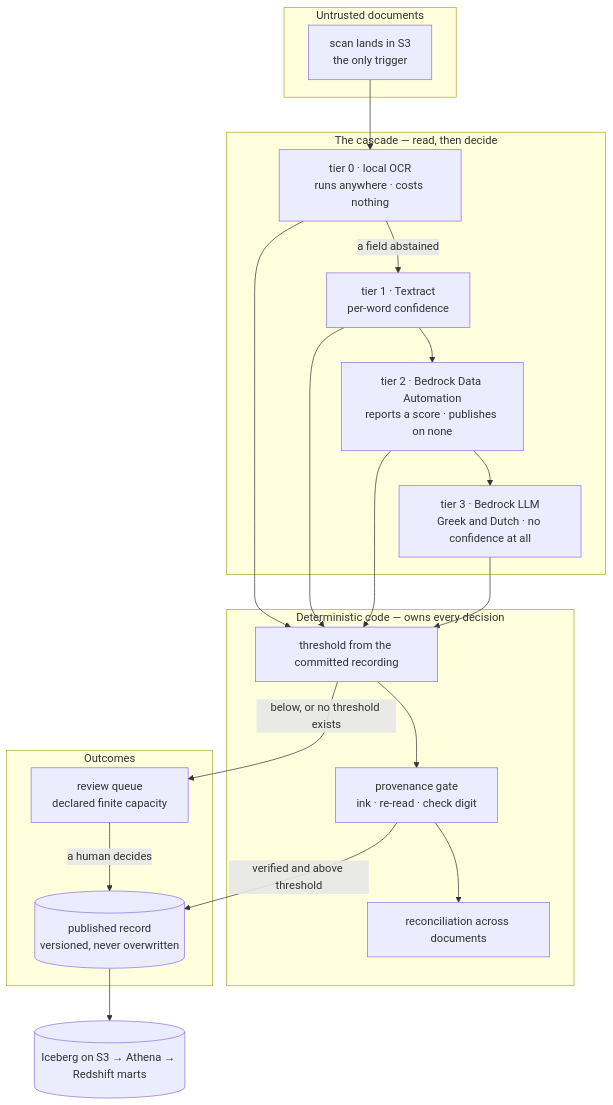
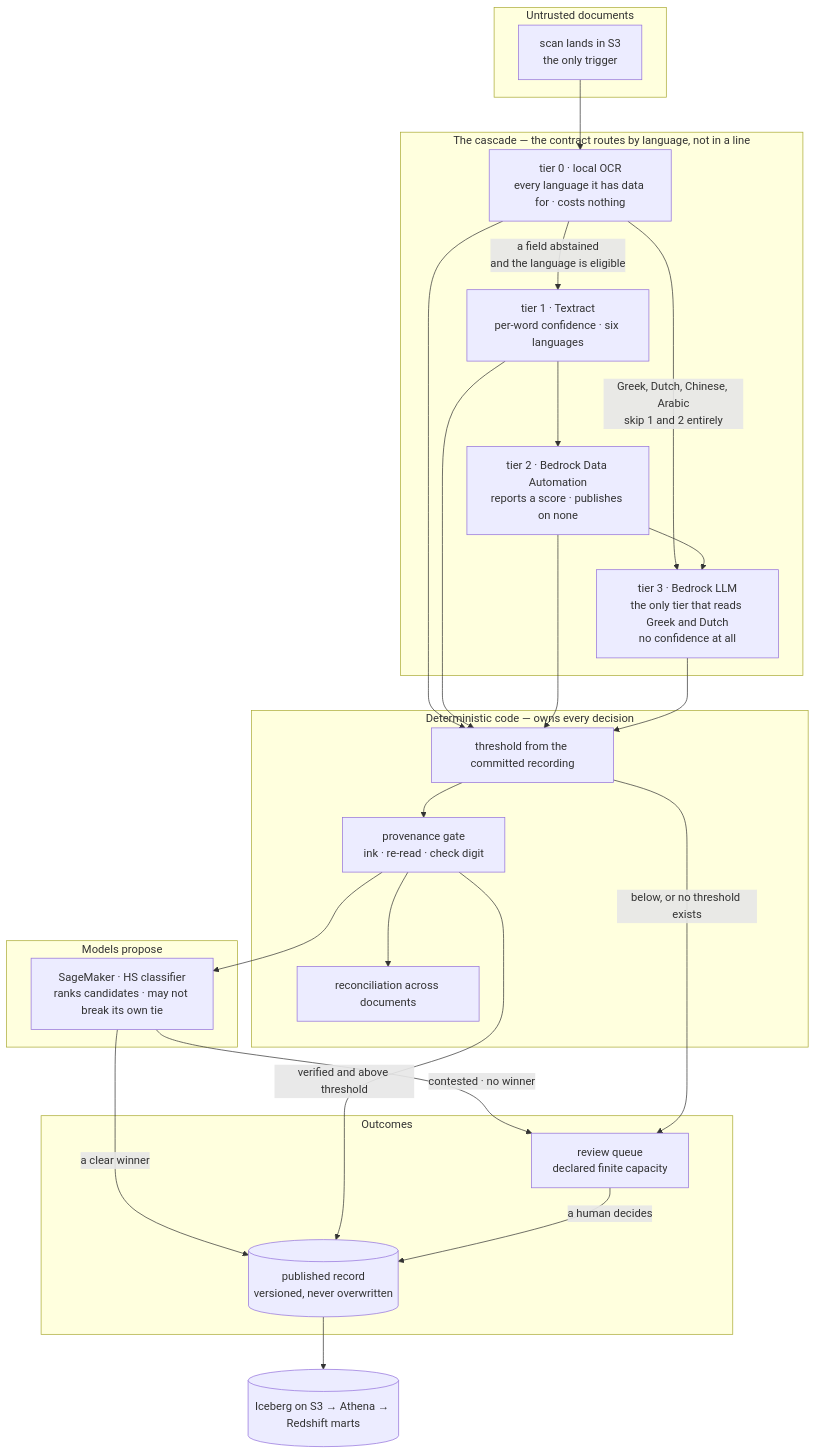
Before and after one commit to theofanis-tsakanikas/manifest: the diagram in README.md, drawn with Mermaid. The commit also changed other lines of this file and 15 other files, not shown here.

````diff
--- a/README.md
+++ b/README.md
@@ -139,32 +139,41 @@
 ```mermaid
 flowchart TB
   subgraph ingest["Untrusted documents"]
     DOC["scan lands in S3<br/>the only trigger"]
   end
 
-  subgraph read["The cascade — read, then decide"]
-    T0["tier 0 · local OCR<br/>runs anywhere · costs nothing"]
-    T1["tier 1 · Textract<br/>per-word confidence"]
+  subgraph read["The cascade — the contract routes by language, not in a line"]
+    T0["tier 0 · local OCR<br/>every language it has data for · costs nothing"]
+    T1["tier 1 · Textract<br/>per-word confidence · six languages"]
     T2["tier 2 · Bedrock Data Automation<br/>reports a score · publishes on none"]
-    T3["tier 3 · Bedrock LLM<br/>Greek and Dutch · no confidence at all"]
+    T3["tier 3 · Bedrock LLM<br/>the only tier that reads Greek and Dutch<br/>no confidence at all"]
+  end
+
+  subgraph propose["Models propose"]
+    HS["SageMaker · HS classifier<br/>ranks candidates · may not break its own tie"]
   end
 
   subgraph decide["Deterministic code — owns every decision"]
     THR["threshold from the committed recording"]
     PROV["provenance gate<br/>ink · re-read · check digit"]
     REC["reconciliation across documents"]
   end
 
   subgraph out["Outcomes"]
     PUB[("published record<br/>versioned, never overwritten")]
     Q["review queue<br/>declared finite capacity"]
   end
 
   DOC --> T0
-  T0 -->|"a field abstained"| T1 --> T2 --> T3
+  T0 -->|"a field abstained<br/>and the language is eligible"| T1
+  T0 -->|"Greek, Dutch, Chinese, Arabic<br/>skip 1 and 2 entirely"| T3
+  T1 --> T2 --> T3
   T0 & T1 & T2 & T3 --> THR --> PROV --> REC
+  PROV --> HS
+  HS -->|"a clear winner"| PUB
+  HS -->|"contested · no winner"| Q
   PROV -->|"verified and above threshold"| PUB
   THR -->|"below, or no threshold exists"| Q
   Q -->|"a human decides"| PUB
   PUB --> LAKE[("Iceberg on S3 → Athena → Redshift marts")]
 ```
````
